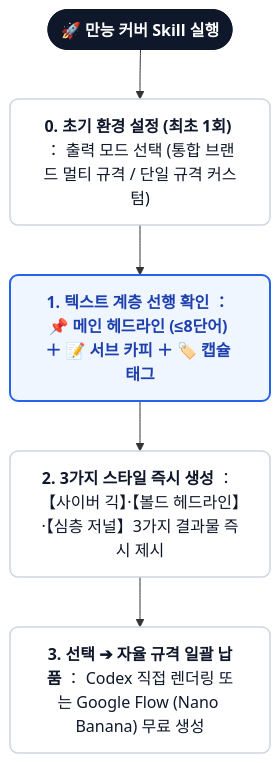
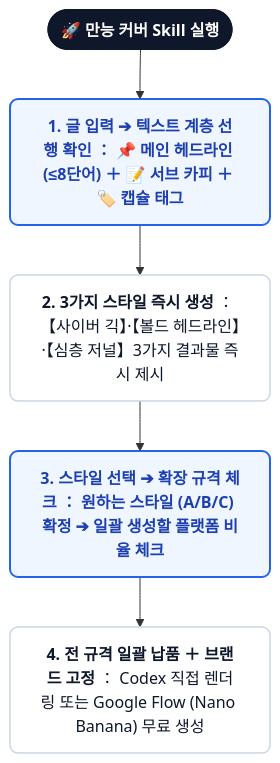
One commit to kaomei/cover-studio changed the first of 2 diagrams in README.ko.md. Above: the diagram before and after it, drawn with Mermaid. The commit also changed other lines of this file and 7 other files, not shown here.

Commit message:
fix(flow): adjust interaction pipeline to naturally present 3 styles first, then select platforms for multi-ratio batch export

````diff
--- a/README.ko.md
+++ b/README.ko.md
@@ -58,13 +57,13 @@
 ```mermaid
 flowchart TD
     classDef default fill:#ffffff,stroke:#e2e8f0,stroke-width:1.5px,color:#1e293b,rx:8px,ry:8px;
     classDef startNode fill:#0f172a,stroke:#0f172a,stroke-width:2px,color:#ffffff,font-weight:bold,rx:20px,ry:20px;
     classDef stepNode fill:#ffffff,stroke:#cbd5e1,stroke-width:1.5px,color:#0f172a,rx:8px,ry:8px;
     classDef highlightNode fill:#eff6ff,stroke:#2563eb,stroke-width:2px,color:#1e40af,font-weight:bold,rx:8px,ry:8px;
 
     A0(["🚀 만능 커버 Skill 실행"]):::startNode
-    --> A1["<b>0. 초기 환경 설정 (최초 1회)</b> ： 출력 모드 선택 (통합 브랜드 멀티 규격 / 단일 규격 커스텀)"]:::stepNode
-    --> A2["<b>1. 텍스트 계층 선행 확인</b> ： 📌 메인 헤드라인 (≤8단어) ＋ 📝 서브 카피 ＋ 🏷️ 캡슐 태그"]:::highlightNode
-    --> A3["<b>2. 3가지 스타일 즉시 생성</b> ： 【사이버 긱】·【볼드 헤드라인】·【심층 저널】3가지 결과물 즉시 제시"]:::stepNode
-    --> A4["<b>3. 선택 ➔ 자율 규격 일괄 납품</b> ： Codex 직접 렌더링 또는 Google Flow (Nano Banana) 무료 생성"]:::stepNode
+    --> A1["<b>1. 글 입력 ➔ 텍스트 계층 선행 확인</b> ： 📌 메인 헤드라인 (≤8단어) ＋ 📝 서브 카피 ＋ 🏷️ 캡슐 태그"]:::highlightNode
+    --> A2["<b>2. 3가지 스타일 즉시 생성</b> ： 【사이버 긱】·【볼드 헤드라인】·【심층 저널】3가지 결과물 즉시 제시"]:::stepNode
+    --> A3["<b>3. 스타일 선택 ➔ 확장 규격 체크</b> ： 원하는 스타일 (A/B/C) 확정 ➔ 일괄 생성할 플랫폼 비율 체크"]:::highlightNode
+    --> A4["<b>4. 전 규격 일괄 납품 ＋ 브랜드 고정</b> ： Codex 직접 렌더링 또는 Google Flow (Nano Banana) 무료 생성"]:::stepNode
 ```
````
